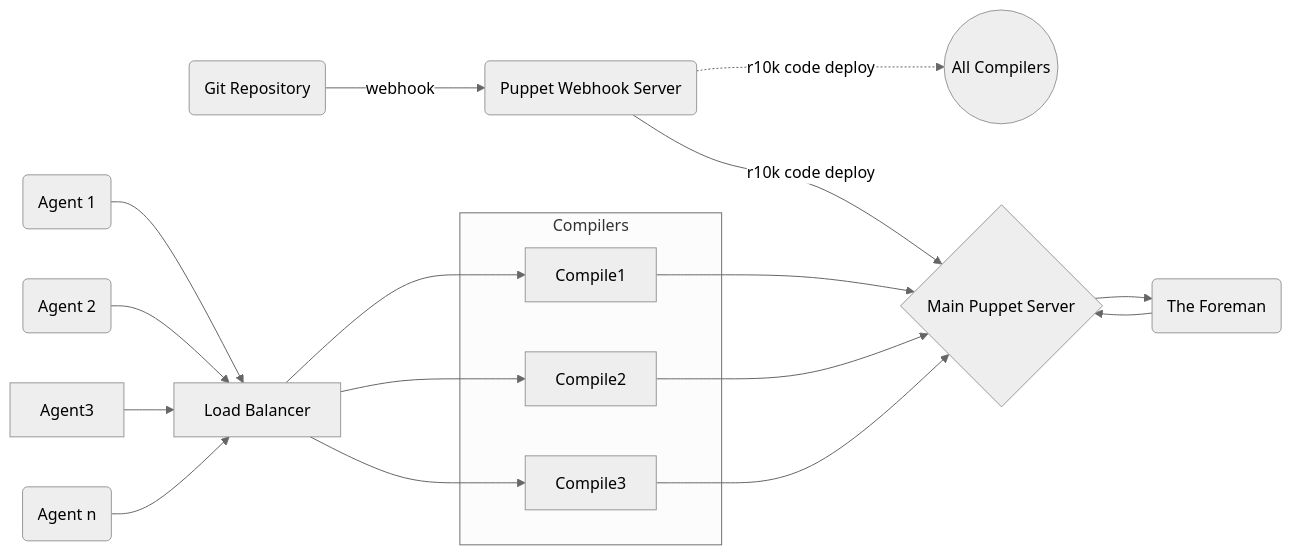
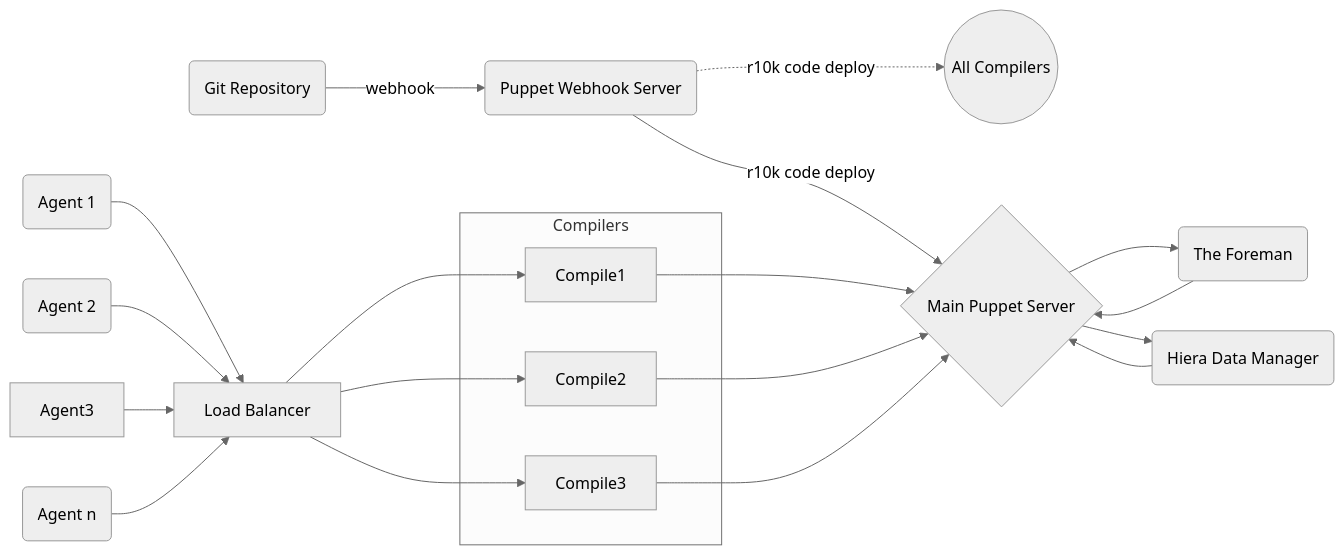
The diagram in _docs/arch_load_balanced.md (voxpupuli/voxpupuli.github.io), drawn with Mermaid (neutral theme) before and after one commit.

Commit message:
add hDM to graphic

```diff
--- a/_docs/arch_load_balanced.md
+++ b/_docs/arch_load_balanced.md
@@ -15,44 +15,48 @@
 <div class="mermaid">
   graph LR;
   git(Git Repository)
   Foreman(The Foreman)
   Webhook(Puppet Webhook Server)
   AllCompilers((All Compilers))
+  HDM(Hiera Data Manager)
 
   MainPuppetServer{Main Puppet Server}
 
   subgraph Compilers[Compilers]
       Compile1[Compile1]
       Compile2[Compile2]
       Compile3[Compile3]
   end
 
   LoadBalancer[Load Balancer]
 
   Agent1(Agent 1)
   Agent2(Agent 2)
   Agent_n(Agent n)
 
+  click HDM "https://github.com/betadots/hdm" "HDM is a web interface for analyzing and managing hiera data."
   click Foreman "https://www.theforeman.org" "Foreman is a complete lifecycle management tool for physical and virtual servers."
   click Webhook "https://github.com/voxpupuli/puppet_webhook" "A webhook service that can trigger code deploys from source code repository updates."
 
   git --webhook--> Webhook
   Webhook --r10k code deploy--> MainPuppetServer
   Webhook -.r10k code deploy.-> AllCompilers
 
   Foreman --> MainPuppetServer
   MainPuppetServer --> Foreman
+  HDM --> MainPuppetServer
+  MainPuppetServer --> HDM
 
   Compile1 --> MainPuppetServer
   Compile2 --> MainPuppetServer
   Compile3 --> MainPuppetServer
 
   LoadBalancer --> Compile1
   LoadBalancer --> Compile2
   LoadBalancer --> Compile3
 
   Agent1 --> LoadBalancer
   Agent2 --> LoadBalancer
   Agent3 --> LoadBalancer
   Agent_n --> LoadBalancer
 </div>
```
